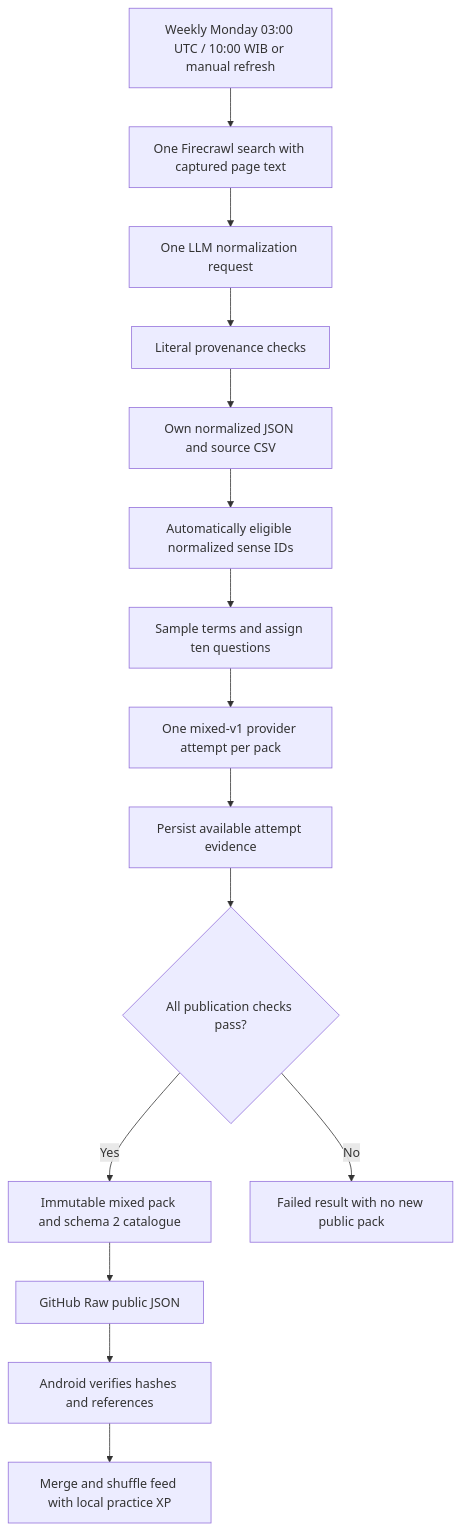
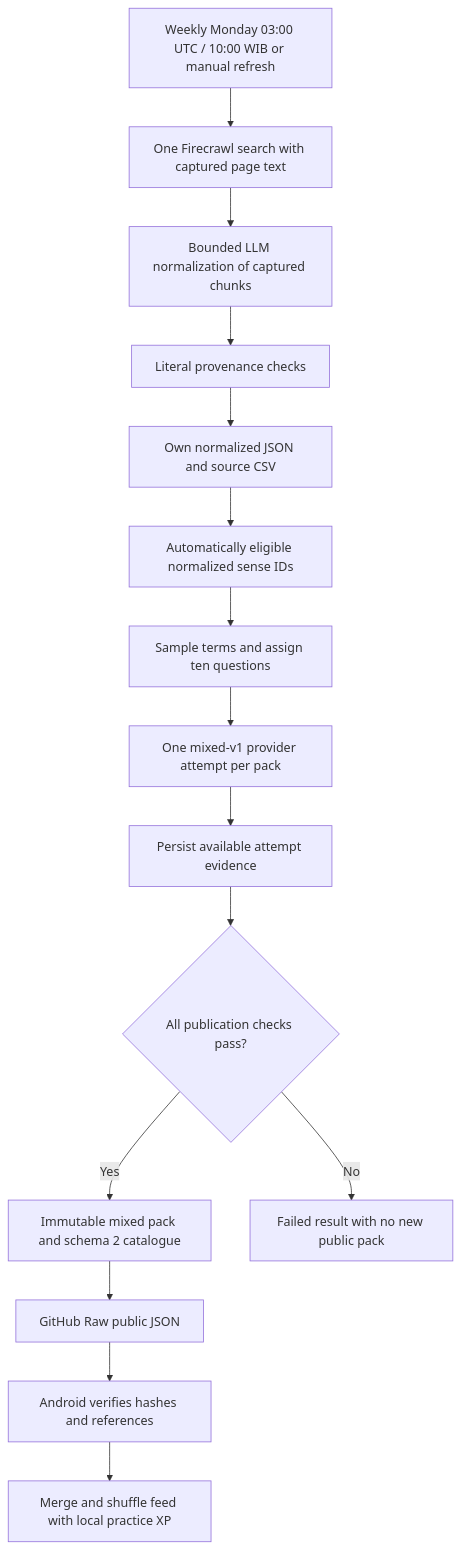
One commit to ferrysrt/Slangverse-Android changed the first of 2 diagrams in docs/ARCHITECTURE.md. Above: the diagram before and after it, drawn with Mermaid. The commit also changed 10 other files, not shown here.

````diff
--- a/docs/ARCHITECTURE.md
+++ b/docs/ARCHITECTURE.md
@@ -7,21 +7,21 @@
 ```mermaid
 flowchart TD
     A[Weekly Monday 03:00 UTC / 10:00 WIB or manual refresh]
     B[One Firecrawl search with captured page text]
-    C[One LLM normalization request]
+    C[Bounded LLM normalization of captured chunks]
     D[Literal provenance checks]
     E[Own normalized JSON and source CSV]
     F[Automatically eligible normalized sense IDs]
     G[Sample terms and assign ten questions]
     H[One mixed-v1 provider attempt per pack]
     I[Persist available attempt evidence]
     J{All publication checks pass?}
     K[Immutable mixed pack and schema 2 catalogue]
     L[Failed result with no new public pack]
     M[GitHub Raw public JSON]
     N[Android verifies hashes and references]
     O[Merge and shuffle feed with local practice XP]
     A --> B --> C --> D --> E --> F --> G --> H --> I --> J
     J -->|Yes| K --> M --> N --> O
     J -->|No| L
 ```
````
